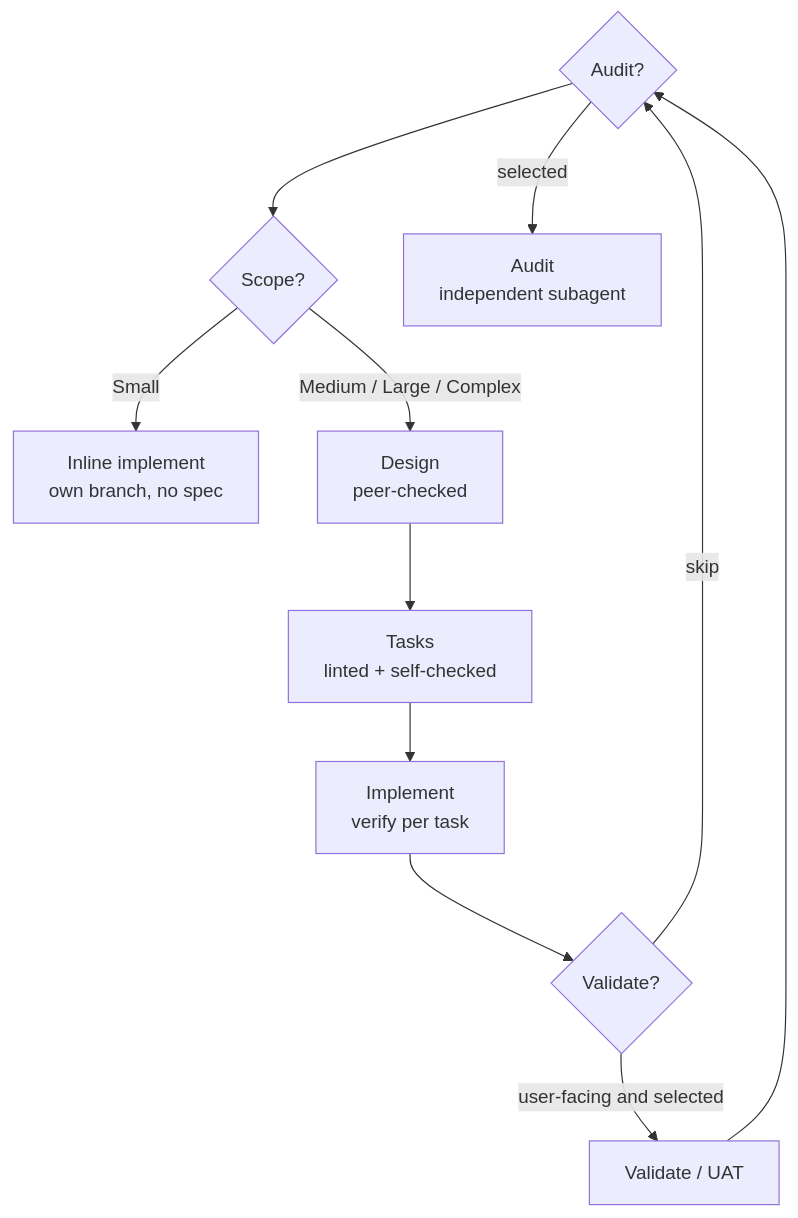
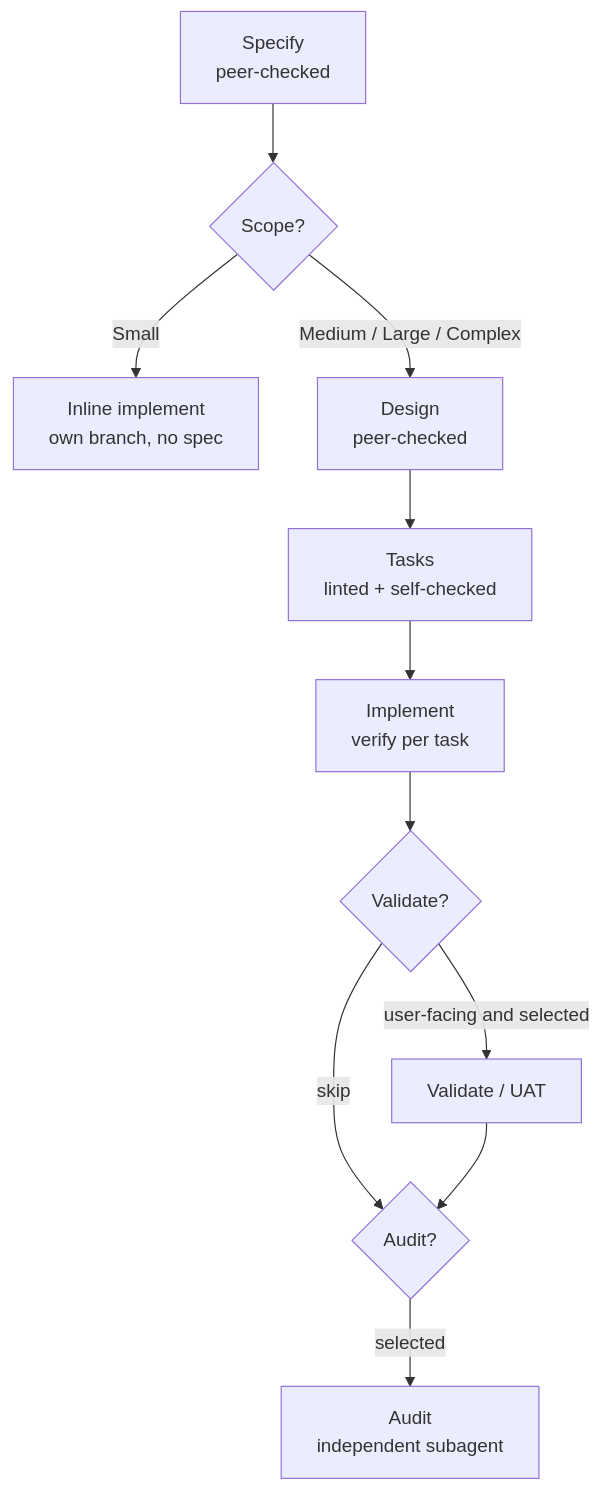
The diagram in skills/engineering/spec-driven/README.md (adeonir/agent-skills), drawn with Mermaid before and after one commit. The commit also changed other lines of this file and 11 other files, not shown here.

````diff
--- a/skills/engineering/spec-driven/README.md
+++ b/skills/engineering/spec-driven/README.md
@@ -9,13 +9,13 @@
 ```mermaid
 flowchart TD
     A[Specify<br/>peer-checked] --> B{Scope?}
     B -->|Small| S[Inline implement<br/>own branch, no spec]
     B -->|Medium / Large / Complex| D[Design<br/>peer-checked]
     D --> T[Tasks<br/>linted + self-checked]
     T --> I[Implement<br/>verify per task]
     I --> V{Validate?}
     V -->|user-facing and selected| VA[Validate / UAT]
-    V -->|skip| A{Audit?}
-    VA --> A
-    A -->|selected| AU[Audit<br/>independent subagent]
+    V -->|skip| AD{Audit?}
+    VA --> AD
+    AD -->|selected| AU[Audit<br/>independent subagent]
 ```
````
